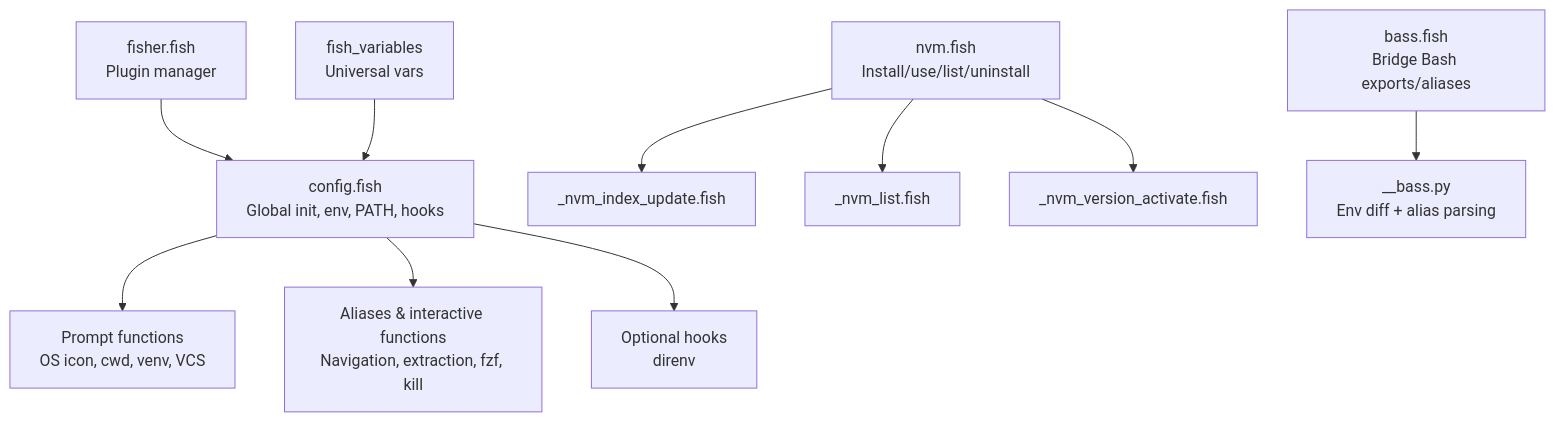
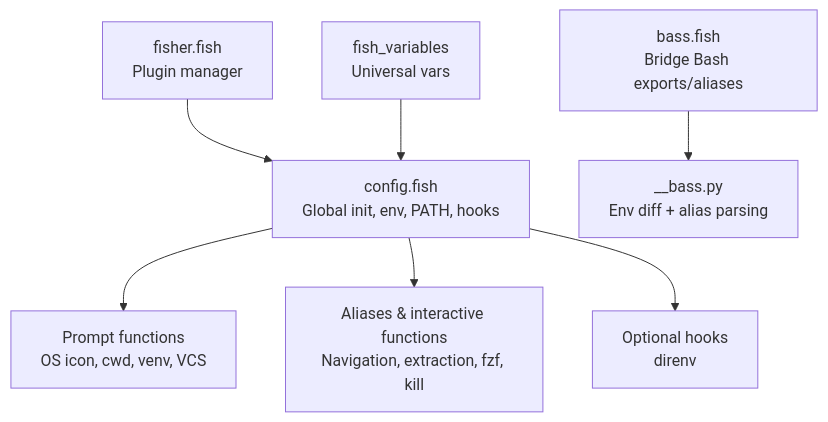
The second of 8 diagrams in .qoder/repowiki/en/content/Shell Configurations/Fish Shell Configuration.md (cr8ivecodesmith/dotfiles), drawn with Mermaid before and after one commit. The commit also changed other lines of this file and 5 other files, not shown here.

First line of the commit message:
docs(shell-config): update Bash and Fish shell configurations documentation

````diff
--- a/.qoder/repowiki/en/content/Shell Configurations/Fish Shell Configuration.md
+++ b/.qoder/repowiki/en/content/Shell Configurations/Fish Shell Configuration.md
@@ -126,12 +112,9 @@
 ```mermaid
 graph TB
 A["config.fish<br/>Global init, env, PATH, hooks"] --> B["Prompt functions<br/>OS icon, cwd, venv, VCS"]
 A --> C["Aliases & interactive functions<br/>Navigation, extraction, fzf, kill"]
 A --> D["Optional hooks<br/>direnv"]
-E["nvm.fish<br/>Install/use/list/uninstall"] --> F["_nvm_index_update.fish"]
-E --> G["_nvm_list.fish"]
-E --> H["_nvm_version_activate.fish"]
-I["bass.fish<br/>Bridge Bash exports/aliases"] --> J["__bass.py<br/>Env diff + alias parsing"]
-K["fisher.fish<br/>Plugin manager"] --> A
-L["fish_variables<br/>Universal vars"] --> A
+E["bass.fish<br/>Bridge Bash exports/aliases"] --> F["__bass.py<br/>Env diff + alias parsing"]
+G["fisher.fish<br/>Plugin manager"] --> A
+H["fish_variables<br/>Universal vars"] --> A
 ```
````
